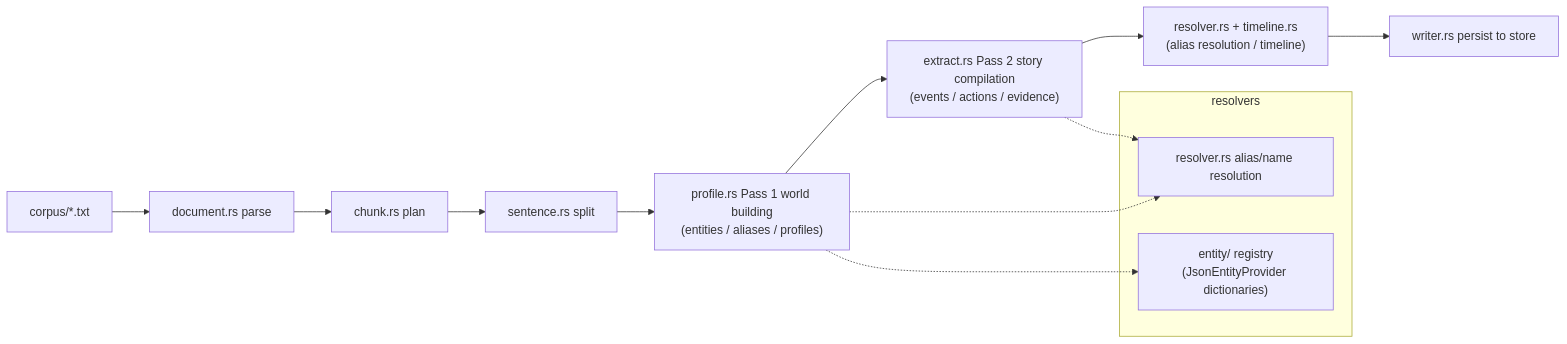
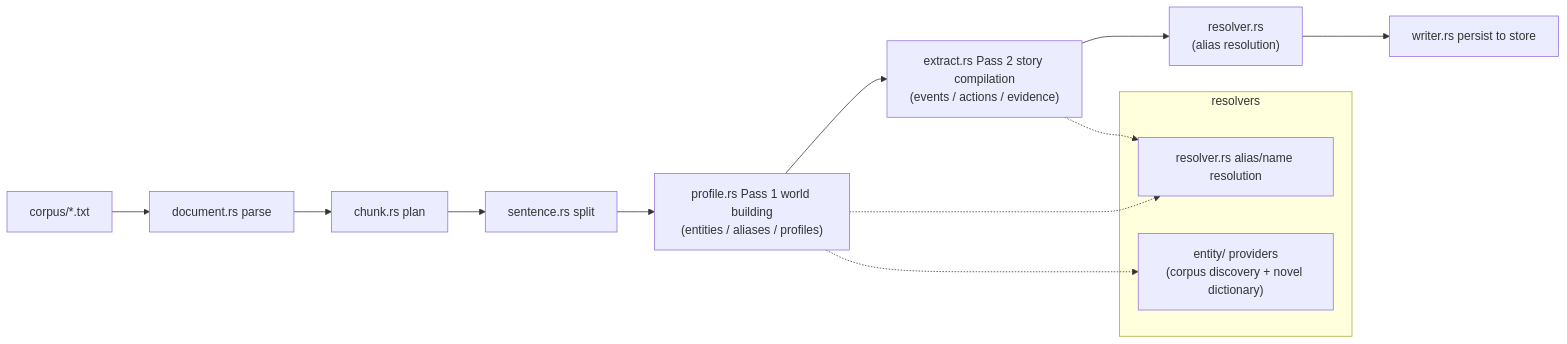
The fourth of 7 diagrams in docs/en/architecture.md (Timwood0x10/Mnemosyne), drawn with Mermaid before and after one commit. The commit also changed other lines of this file and 24 other files, not shown here.

Commit message:
refactor(store and compiler): unify SQL LIKE escaping and LIMIT logic, merge duplicate JSON loading, fix async blocking and flaky tests, and sync the docs on entity providers and vector retrieval

````diff
--- a/docs/en/architecture.md
+++ b/docs/en/architecture.md
@@ -119,19 +119,19 @@
 ```mermaid
 flowchart LR
     A["corpus/*.txt"] --> B["document.rs parse"]
     B --> C["chunk.rs plan"]
     C --> D["sentence.rs split"]
     D --> E["profile.rs Pass 1 world building<br/>(entities / aliases / profiles)"]
     E --> F["extract.rs Pass 2 story compilation<br/>(events / actions / evidence)"]
-    F --> G["resolver.rs + timeline.rs<br/>(alias resolution / timeline)"]
+    F --> G["resolver.rs<br/>(alias resolution)"]
     G --> H["writer.rs persist to store"]
 
     subgraph resolvers
         A1["resolver.rs alias/name resolution"]
-        A3["entity/ registry<br/>(JsonEntityProvider dictionaries)"]
+        A3["entity/ providers<br/>(corpus discovery + novel dictionary)"]
     end
 
     E -.-> A1
     E -.-> A3
     F -.-> A1
 ```
````
